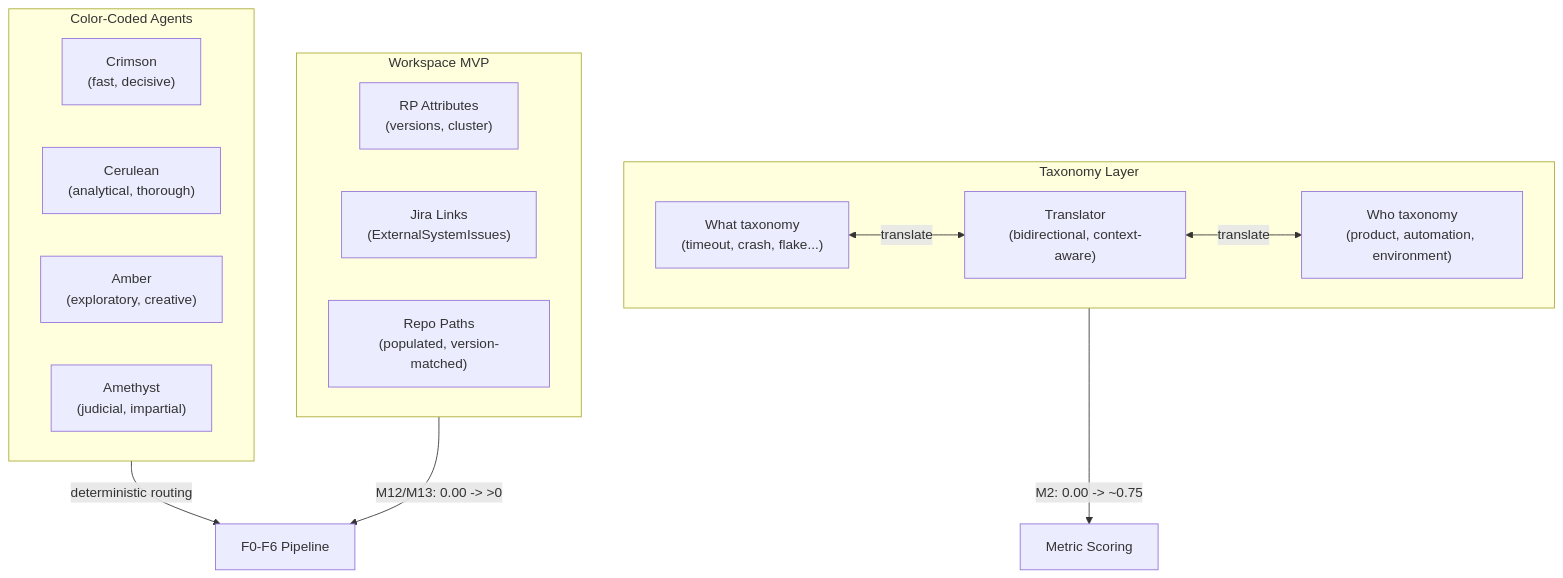
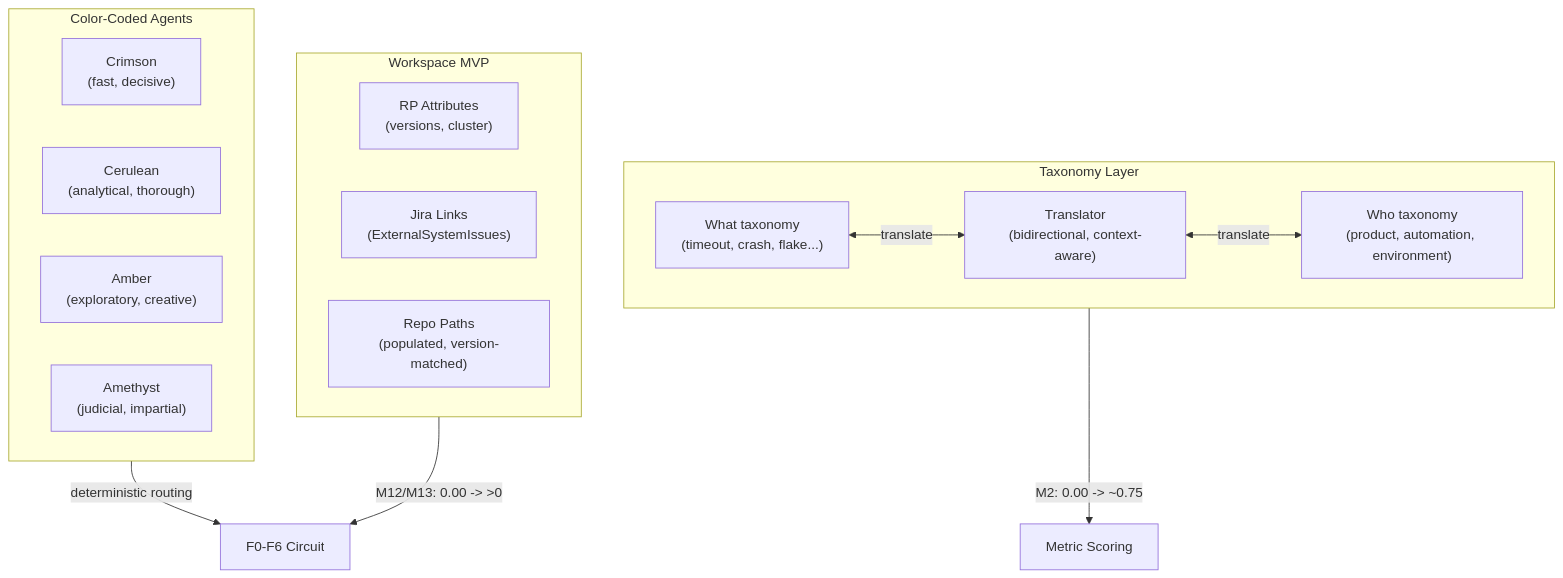
One commit to dpopsuev/asterisk changed the second of 2 diagrams in .cursor/contracts/completed/poc-v2/phase-5a-mitigation.md. Above: the diagram before and after it, drawn with Mermaid. The commit also changed 184 other files, not shown here.

First line of the commit message:
refactor: pipeline→circuit rename + rca-pure-dsl Phase 3-4 advance

````diff
--- a/.cursor/contracts/completed/poc-v2/phase-5a-mitigation.md
+++ b/.cursor/contracts/completed/poc-v2/phase-5a-mitigation.md
@@ -29,27 +29,27 @@
 ```mermaid
 flowchart TD
     subgraph taxonomy [Taxonomy Layer]
         What["What taxonomy\n(timeout, crash, flake...)"]
         Who["Who taxonomy\n(product, automation, environment)"]
         Trans["Translator\n(bidirectional, context-aware)"]
         What <-->|translate| Trans
         Trans <-->|translate| Who
     end
 
     subgraph agents [Color-Coded Agents]
         Crimson["Crimson\n(fast, decisive)"]
         Cerulean["Cerulean\n(analytical, thorough)"]
         Amber_agent["Amber\n(exploratory, creative)"]
         Amethyst_agent["Amethyst\n(judicial, impartial)"]
     end
 
     subgraph workspace [Workspace MVP]
         RPAttrs["RP Attributes\n(versions, cluster)"]
         JiraLinks["Jira Links\n(ExternalSystemIssues)"]
         RepoPaths["Repo Paths\n(populated, version-matched)"]
     end
 
     taxonomy -->|"M2: 0.00 -> ~0.75"| Scoring[Metric Scoring]
-    agents -->|"deterministic routing"| Pipeline[F0-F6 Pipeline]
-    workspace -->|"M12/M13: 0.00 -> >0"| Pipeline
+    agents -->|"deterministic routing"| Circuit[F0-F6 Circuit]
+    workspace -->|"M12/M13: 0.00 -> >0"| Circuit
 ```
````
